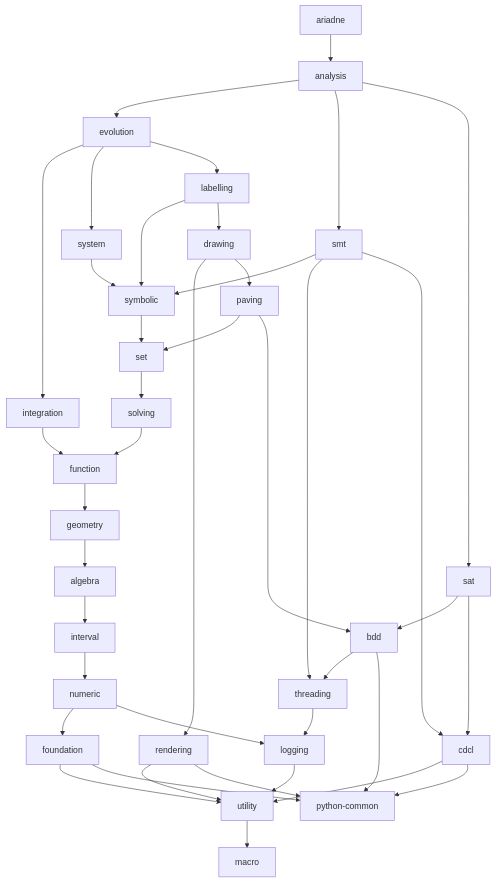
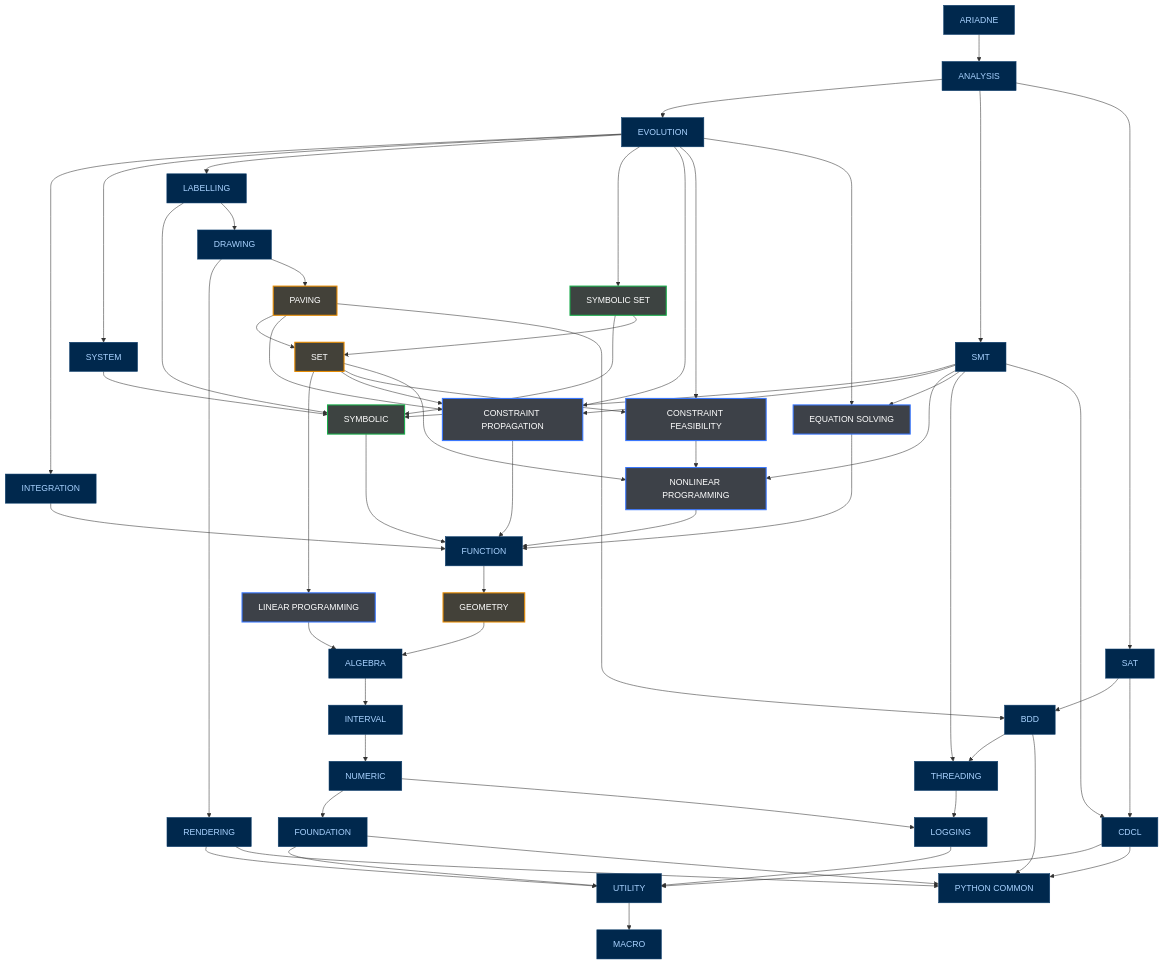
The diagram in doc/decoupling/structure.md (ariadne-cps/ariadne), drawn with Mermaid before and after one commit. The commit also changed other lines of this file, not shown here.

Commit message:
docs: align decoupling repository structure with dependency diagram

````diff
--- a/doc/decoupling/structure.md
+++ b/doc/decoupling/structure.md
@@ -41,59 +46,102 @@
 ```mermaid
 graph TD
+    ariadne["ARIADNE"]
+    analysis["ANALYSIS"]
+    evolution["EVOLUTION"]
+    integration["INTEGRATION"]
+    system["SYSTEM"]
+    labelling["LABELLING"]
+    drawing["DRAWING"]
+    symbolic_set["SYMBOLIC SET"]
+    paving["PAVING"]
+    set["SET"]
+    smt["SMT"]
+    sat["SAT"]
+    symbolic["SYMBOLIC"]
+    constraint_propagation["CONSTRAINT PROPAGATION"]
+    constraint_feasibility["CONSTRAINT FEASIBILITY"]
+    equation_solving["EQUATION SOLVING"]
+    nonlinear_programming["NONLINEAR PROGRAMMING"]
+    linear_programming["LINEAR PROGRAMMING"]
+    function["FUNCTION"]
+    geometry["GEOMETRY"]
+    algebra["ALGEBRA"]
+    interval["INTERVAL"]
+    numeric["NUMERIC"]
+    rendering["RENDERING"]
+    bdd["BDD"]
+    cdcl["CDCL"]
+    threading["THREADING"]
+    logging["LOGGING"]
+    foundation["FOUNDATION"]
+    utility["UTILITY"]
+    python_common["PYTHON COMMON"]
+    macro["MACRO"]
+
     ariadne --> analysis
-
     analysis --> evolution
     analysis --> smt
     analysis --> sat
-
     evolution --> integration
     evolution --> system
     evolution --> labelling
-
+    evolution --> symbolic_set
+    evolution --> constraint_propagation
+    evolution --> constraint_feasibility
+    evolution --> equation_solving
     integration --> function
-
     system --> symbolic
-
+    labelling --> symbolic
+    labelling --> drawing
+    drawing --> rendering
+    drawing --> paving
+    symbolic_set --> symbolic
+    symbolic_set --> set
+    paving --> set
+    paving --> constraint_propagation
+    paving --> bdd
+    set --> linear_programming
+    set --> constraint_propagation
+    set --> constraint_feasibility
+    set --> nonlinear_programming
     smt --> symbolic
+    smt --> constraint_propagation
+    smt --> nonlinear_programming
+    smt --> equation_solving
     smt --> threading
     smt --> cdcl
-
     sat --> bdd
     sat --> cdcl
-
-    cdcl --> utility
-    cdcl --> python_common
-
-    labelling --> symbolic
-    labelling --> drawing
-
-    drawing --> rendering
-    drawing --> paving
-
-    symbolic --> set
-
-    paving --> set
-    paving --> bdd
-    set --> solving
-    solving --> function
+    symbolic --> function
+    constraint_propagation --> function
+    constraint_feasibility --> nonlinear_programming
+    equation_solving --> function
+    nonlinear_programming --> function
+    linear_programming --> algebra
     function --> geometry
     geometry --> algebra
-
-    rendering --> utility
-    rendering --> python_common
-
-    bdd --> threading
-    bdd --> python_common["python-common"]
-
-    threading --> logging
-    logging --> utility
-    utility --> macro
-
     algebra --> interval
     interval --> numeric
     numeric --> foundation
     numeric --> logging
-
+    rendering --> utility
+    rendering --> python_common
+    bdd --> threading
+    bdd --> python_common
+    cdcl --> utility
+    cdcl --> python_common
+    threading --> logging
+    logging --> utility
     foundation --> utility
     foundation --> python_common
+    utility --> macro
+
+    classDef repository fill:#00284d,stroke:#0c3e6d,color:#a8d2ff,stroke-width:1px;
+    classDef symbolicRepo fill:#3d4341,stroke:#19ad4b,color:#ffffff,stroke-width:2px;
+    classDef setRepo fill:#434139,stroke:#e78b00,color:#ffffff,stroke-width:2px;
+    classDef solvingRepo fill:#3d4148,stroke:#3977ff,color:#ffffff,stroke-width:2px;
+    class ariadne,analysis,evolution,integration,system,labelling,drawing,smt,sat,function,algebra,interval,numeric,rendering,bdd,cdcl,threading,logging,foundation,utility,python_common,macro repository;
+    class symbolic,symbolic_set symbolicRepo;
+    class set,paving,geometry setRepo;
+    class constraint_propagation,constraint_feasibility,equation_solving,nonlinear_programming,linear_programming solvingRepo;
 ```
````
